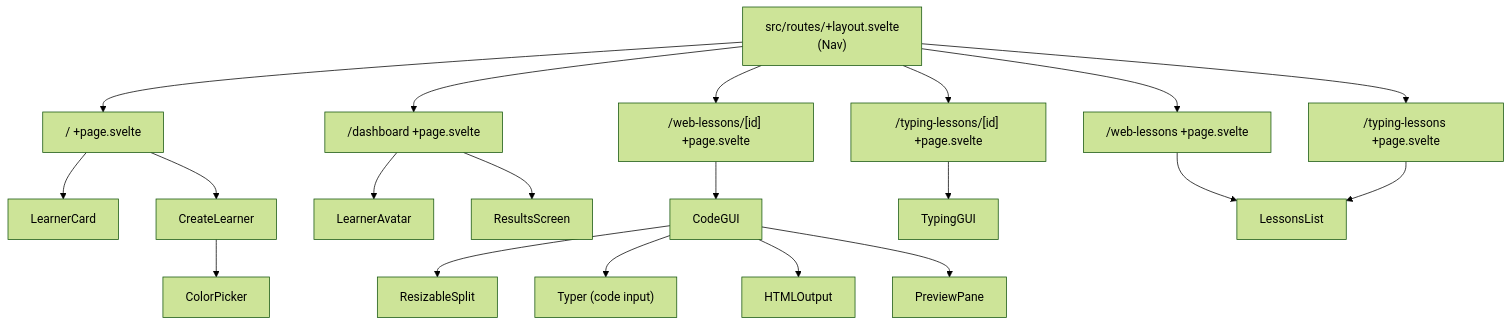
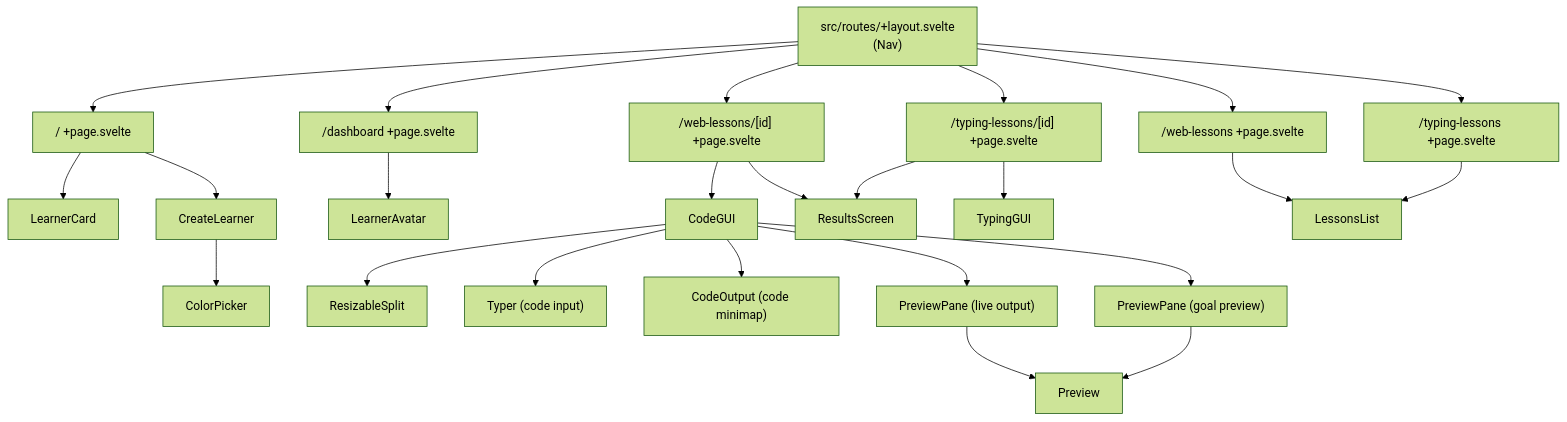
Before and after one commit to jermbo/CosmicTyper: the diagram in docs/architecture/component-structure.md, drawn with Mermaid (forest theme). The commit also changed other lines of this file and 9 other files, not shown here.

Commit message:
✨ DOCS: Update documentation to include links to behaviors and components, enhancing navigation and clarity on lesson structures and user flows

````diff
--- a/docs/architecture/component-structure.md
+++ b/docs/architecture/component-structure.md
@@ -19,29 +19,34 @@
 ```mermaid
 graph TD
     Layout["src/routes/+layout.svelte\n(Nav)"]
 
     Layout --> Home["/ +page.svelte"]
     Layout --> Dashboard["/dashboard +page.svelte"]
     Layout --> WebList["/web-lessons +page.svelte"]
     Layout --> TypingList["/typing-lessons +page.svelte"]
     Layout --> WebLesson["/web-lessons/[id] +page.svelte"]
     Layout --> TypingLesson["/typing-lessons/[id] +page.svelte"]
 
     Home --> LearnerCard
     Home --> CreateLearner
     CreateLearner --> ColorPicker
 
     Dashboard --> LearnerAvatar
-    Dashboard --> ResultsScreen
 
     WebLesson --> CodeGUI
+    WebLesson --> ResultsScreen
     CodeGUI --> ResizableSplit
     CodeGUI --> Typer["Typer (code input)"]
-    CodeGUI --> HTMLOutput
-    CodeGUI --> PreviewPane
+    CodeGUI --> CodeOutput["CodeOutput (code minimap)"]
+    CodeGUI --> PreviewPane["PreviewPane (live output)"]
+    CodeGUI --> PreviewPane2["PreviewPane (goal preview)"]
+    PreviewPane --> Preview
+    PreviewPane2 --> Preview
+
+    TypingLesson --> ResultsScreen
 
     TypingLesson --> TypingGUI
 
     WebList --> LessonsList
     TypingList --> LessonsList
 ```
````
